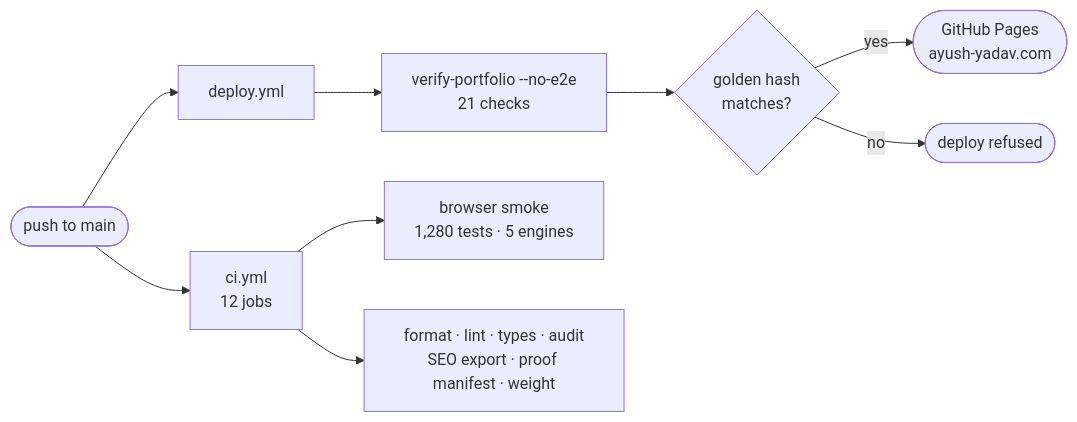
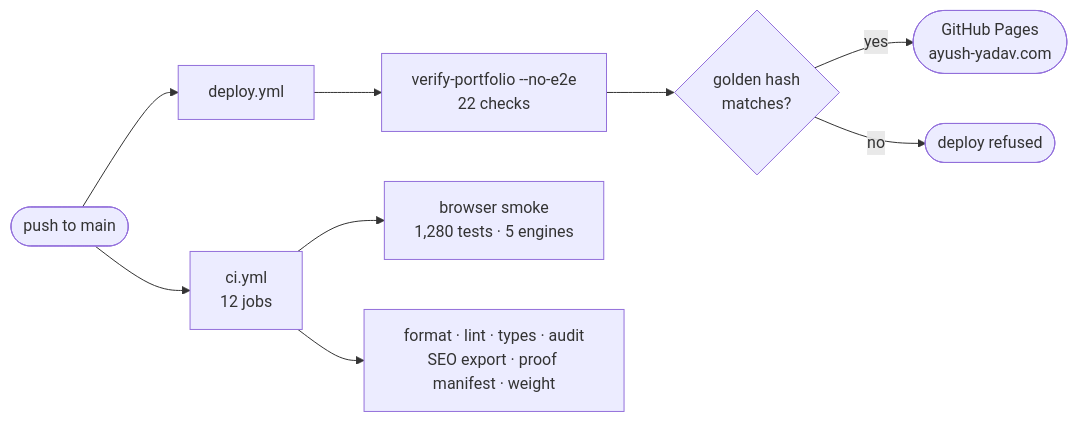
Before and after one commit to yadava5/Portfolio-2.0: the third of 3 diagrams in README.md, drawn with Mermaid. The commit also changed other lines of this file and 6 other files, not shown here.

````diff
--- a/README.md
+++ b/README.md
@@ -145,10 +145,10 @@
 ```mermaid
 flowchart LR
   push(["push to main"]) --> ci["ci.yml<br/>12 jobs"]
   push --> deploy["deploy.yml"]
-  deploy --> v["verify-portfolio --no-e2e<br/>21 checks"] --> golden{"golden hash<br/>matches?"}
+  deploy --> v["verify-portfolio --no-e2e<br/>22 checks"] --> golden{"golden hash<br/>matches?"}
   golden -->|yes| pages(["GitHub Pages<br/>ayush-yadav.com"])
   golden -->|no| stop(["deploy refused"])
   ci --> smoke["browser smoke<br/>1,280 tests · 5 engines"]
   ci --> other["format · lint · types · audit<br/>SEO export · proof manifest · weight"]
 ```
````
